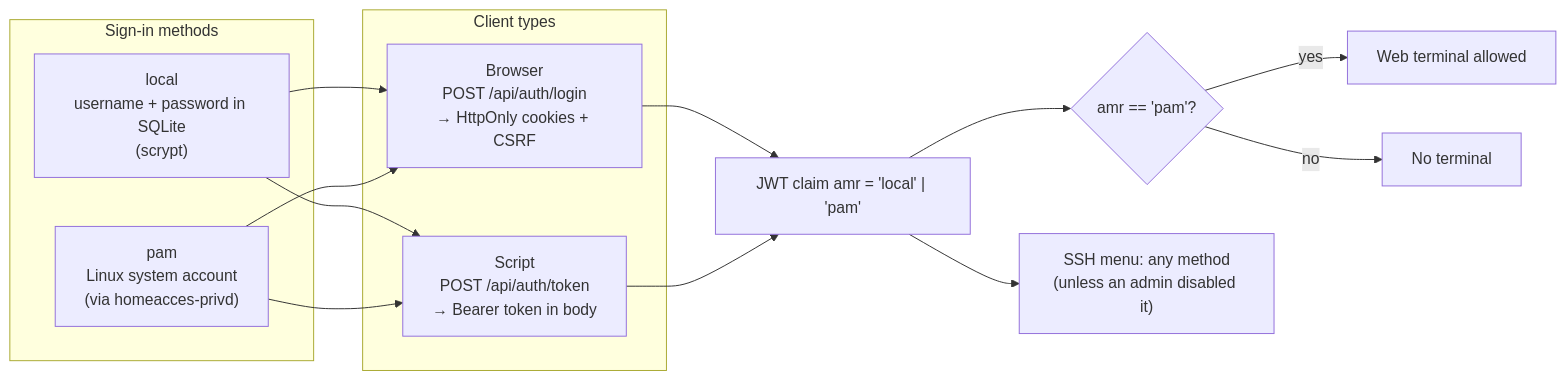
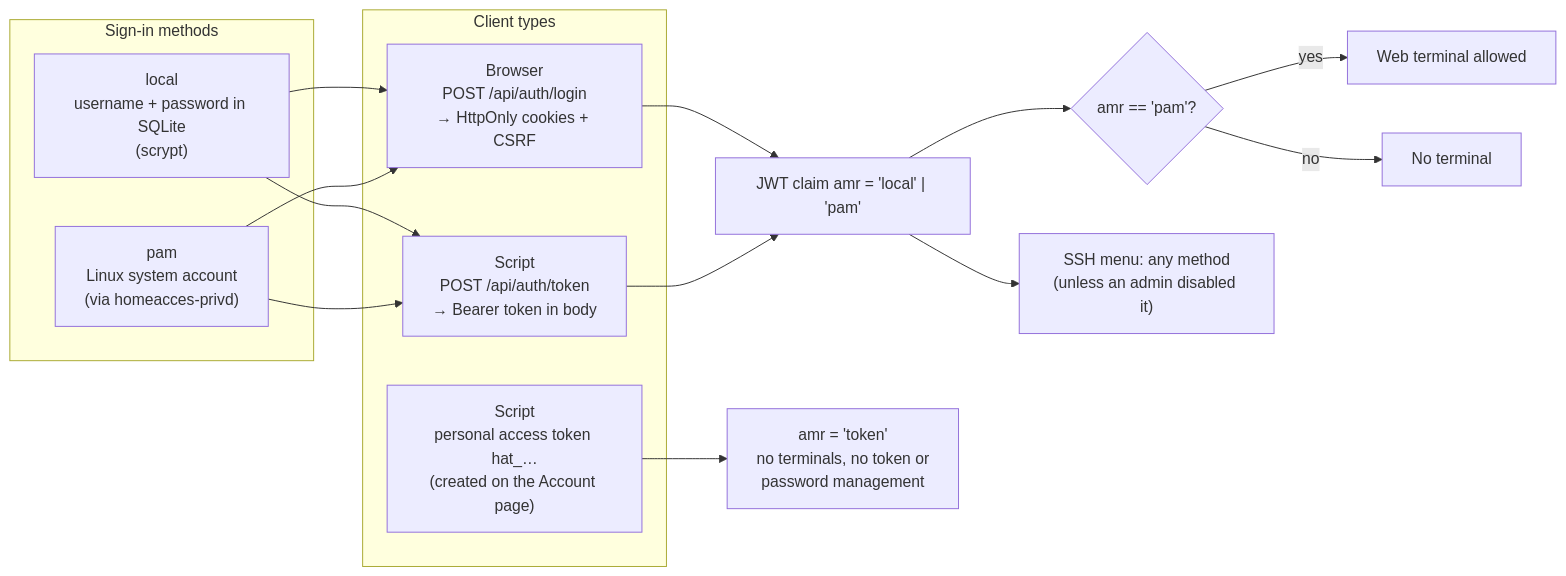
Before and after one commit to juanecito/Home_Access_Web: the first of 11 diagrams in doc/04-authentication.md, drawn with Mermaid. The commit also changed other lines of this file and 16 other files, not shown here.

Commit message:
Add personal token creation to access API

````diff
--- a/doc/04-authentication.md
+++ b/doc/04-authentication.md
@@ -11,19 +11,21 @@
 ```mermaid
 flowchart LR
     subgraph Methods["Sign-in methods"]
         L["local<br/>username + password in SQLite<br/>(scrypt)"]
         P["pam<br/>Linux system account<br/>(via homeacces-privd)"]
     end
     subgraph Clients["Client types"]
         BR["Browser<br/>POST /api/auth/login<br/>→ HttpOnly cookies + CSRF"]
         SC["Script<br/>POST /api/auth/token<br/>→ Bearer token in body"]
+        PAT["Script<br/>personal access token hat_…<br/>(created on the Account page)"]
     end
     L --> BR & SC
     P --> BR & SC
     BR --> AMR["JWT claim amr = 'local' | 'pam'"]
     SC --> AMR
+    PAT --> AMRT["amr = 'token'<br/>no terminals, no token or<br/>password management"]
     AMR --> T{"amr == 'pam'?"}
     T -- yes --> TERM["Web terminal allowed"]
     T -- no --> NOTERM["No terminal"]
     AMR --> SSHM["SSH menu: any method<br/>(unless an admin disabled it)"]
 ```
````
